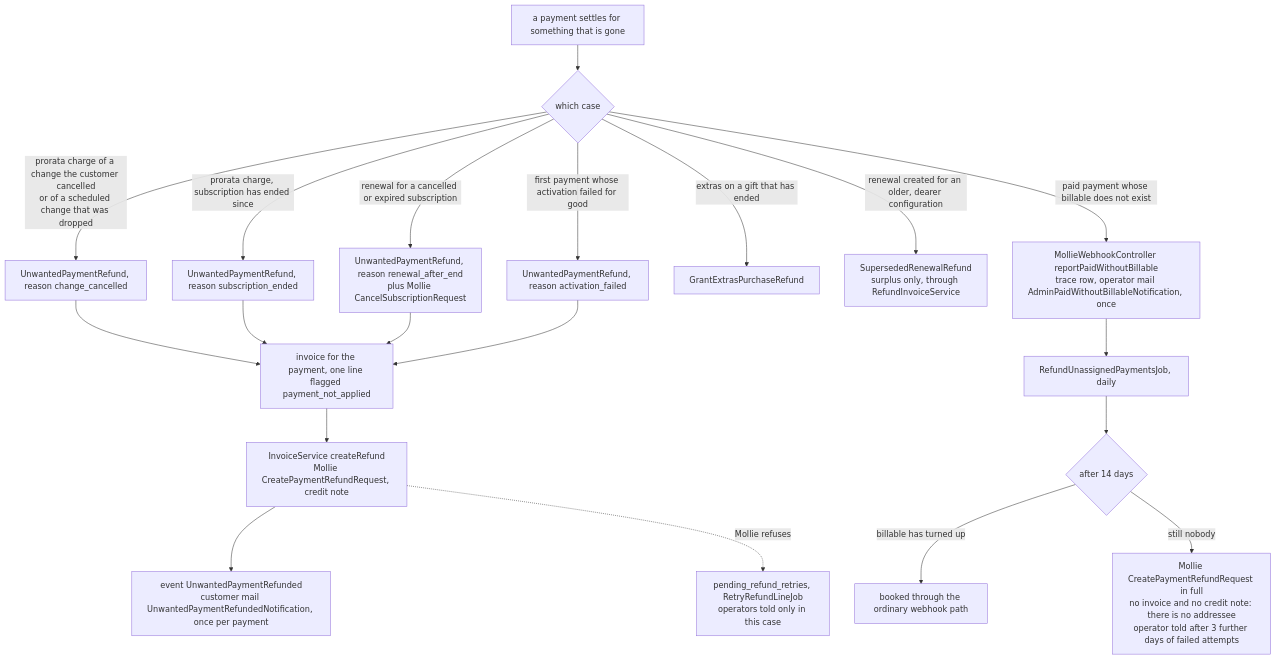
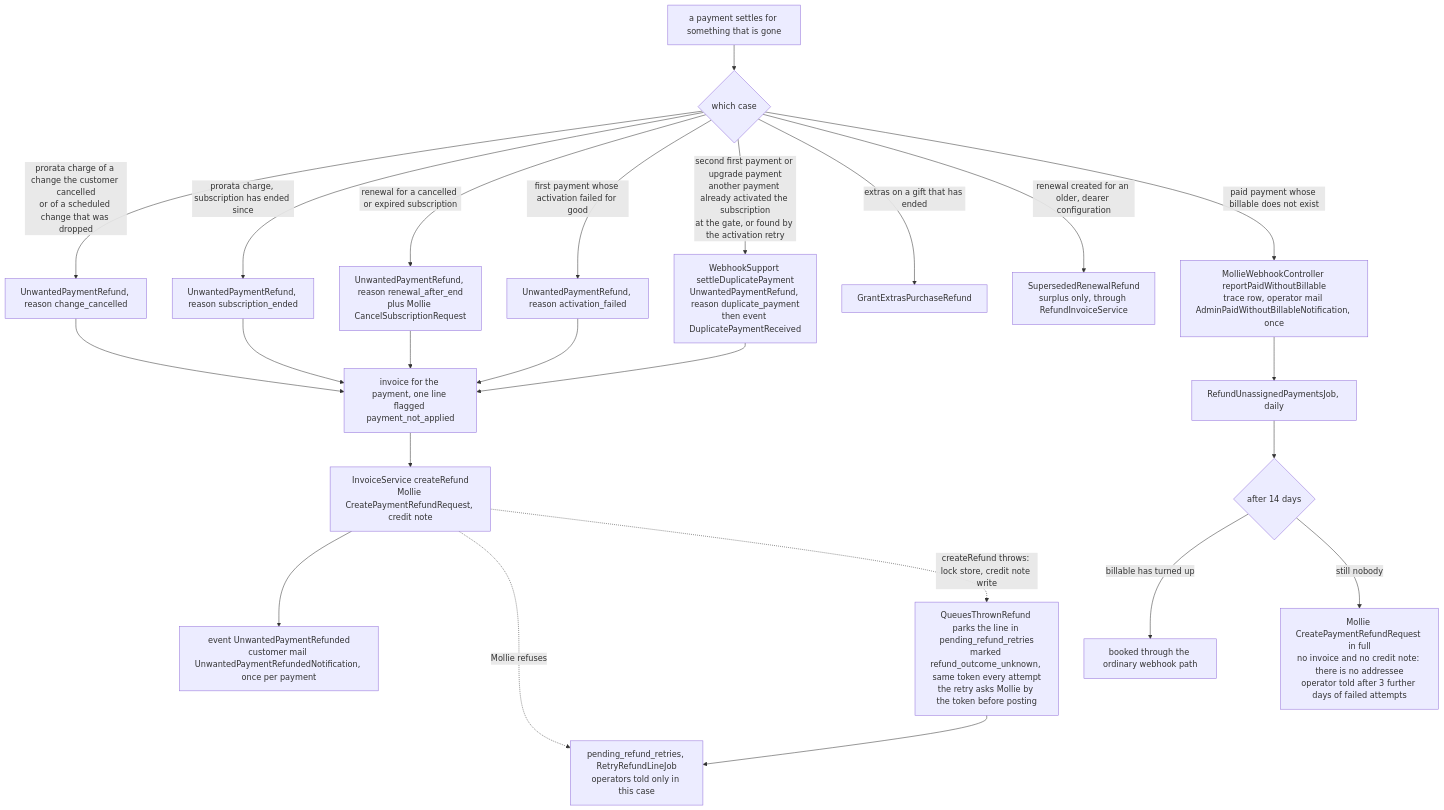
One commit to GraystackIT/laravel-mollie-billing changed diagram 22 of 29 in docs/flows.md. Above: the diagram before and after it, drawn with Mermaid. The commit also changed other lines of this file and 256 other files, not shown here.

````diff
--- a/docs/flows.md
+++ b/docs/flows.md
@@ -1151,22 +1296,26 @@
 ```mermaid
 flowchart TD
     A["a payment settles for something that is gone"] --> B{"which case"}
     B -->|"prorata charge of a change the customer cancelled<br/>or of a scheduled change that was dropped"| C["UnwantedPaymentRefund, reason change_cancelled"]
     B -->|"prorata charge, subscription has ended since"| D["UnwantedPaymentRefund, reason subscription_ended"]
     B -->|"renewal for a cancelled or expired subscription"| E["UnwantedPaymentRefund, reason renewal_after_end<br/>plus Mollie CancelSubscriptionRequest"]
     B -->|"first payment whose activation failed for good"| F["UnwantedPaymentRefund, reason activation_failed"]
+    B -->|"second first payment or upgrade payment<br/>another payment already activated the subscription<br/>at the gate, or found by the activation retry"| F2["WebhookSupport settleDuplicatePayment<br/>UnwantedPaymentRefund, reason duplicate_payment<br/>then event DuplicatePaymentReceived"]
     B -->|"extras on a gift that has ended"| G["GrantExtrasPurchaseRefund"]
     B -->|"renewal created for an older, dearer configuration"| H["SupersededRenewalRefund<br/>surplus only, through RefundInvoiceService"]
     B -->|"paid payment whose billable does not exist"| I["MollieWebhookController reportPaidWithoutBillable<br/>trace row, operator mail AdminPaidWithoutBillableNotification, once"]
     C --> J["invoice for the payment, one line flagged payment_not_applied"]
     D --> J
     E --> J
     F --> J
+    F2 --> J
     J --> K["InvoiceService createRefund<br/>Mollie CreatePaymentRefundRequest, credit note"]
     K --> L["event UnwantedPaymentRefunded<br/>customer mail UnwantedPaymentRefundedNotification, once per payment"]
     K -.->|"Mollie refuses"| M["pending_refund_retries, RetryRefundLineJob<br/>operators told only in this case"]
+    K -.->|"createRefund throws: lock store, credit note write"| M2["QueuesThrownRefund parks the line in pending_refund_retries<br/>marked refund_outcome_unknown, same token every attempt<br/>the retry asks Mollie by the token before posting"]
+    M2 --> M
     I --> N["RefundUnassignedPaymentsJob, daily"]
     N --> O{"after 14 days"}
     O -->|"billable has turned up"| P["booked through the ordinary webhook path"]
     O -->|"still nobody"| Q["Mollie CreatePaymentRefundRequest in full<br/>no invoice and no credit note: there is no addressee<br/>operator told after 3 further days of failed attempts"]
 ```
````
